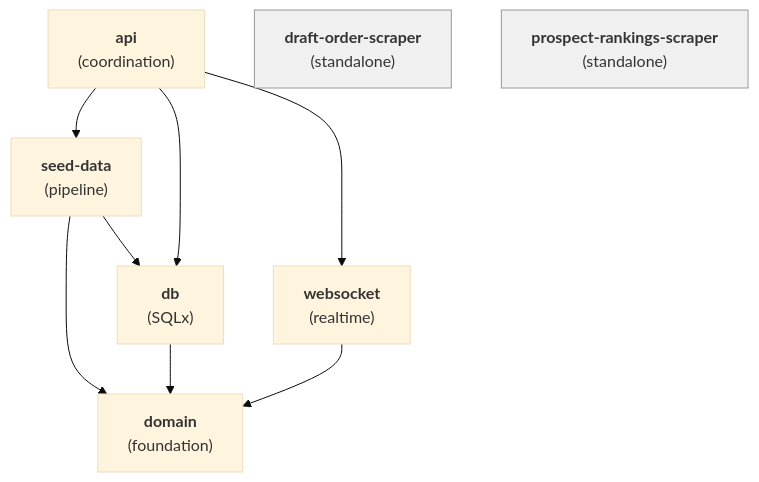
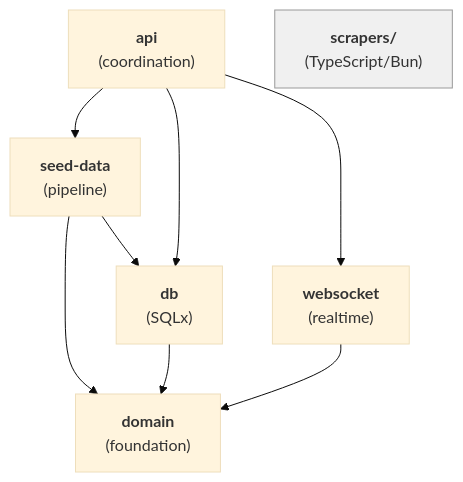
The diagram in documentation/adr/0014-cargo-workspace-layered-crate-architecture.md (cebartling/nfl-draft-2026), drawn with Mermaid (base theme) before and after one commit. The commit also changed other lines of this file and 177 other files, not shown here.

First line of the commit message:
Migrate scrapers to TypeScript/Bun and seed real combine data (#45)

````diff
--- a/documentation/adr/0014-cargo-workspace-layered-crate-architecture.md
+++ b/documentation/adr/0014-cargo-workspace-layered-crate-architecture.md
@@ -65,21 +68,19 @@
 ```mermaid
 graph TD
     api["<strong>api</strong><br/>(coordination)"]
     seed["<strong>seed-data</strong><br/>(pipeline)"]
     db["<strong>db</strong><br/>(SQLx)"]
     ws["<strong>websocket</strong><br/>(realtime)"]
     domain["<strong>domain</strong><br/>(foundation)"]
-    scraper1["<strong>draft-order-scraper</strong><br/>(standalone)"]
-    scraper2["<strong>prospect-rankings-scraper</strong><br/>(standalone)"]
+    scrapers["<strong>scrapers/</strong><br/>(TypeScript/Bun)"]
 
     api --> seed
     api --> db
     api --> ws
     seed --> domain
     seed --> db
     db --> domain
     ws --> domain
 
-    style scraper1 fill:#f0f0f0,stroke:#999
-    style scraper2 fill:#f0f0f0,stroke:#999
+    style scrapers fill:#f0f0f0,stroke:#999
 ```
````
